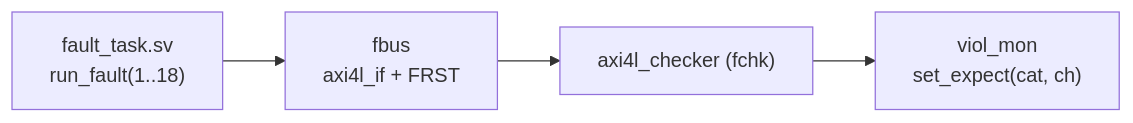
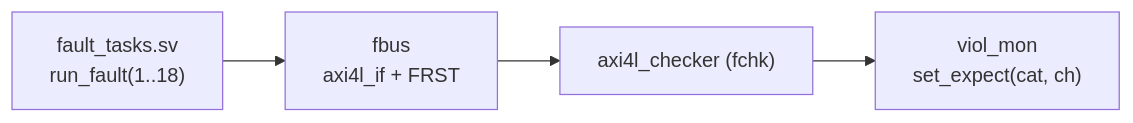
One commit to shreedharpatil7141/AXI4-Lite-Compliance-Checker changed the third of 10 diagrams in README.md. Above: the diagram before and after it, drawn with Mermaid. The commit also changed other lines of this file and 68 other files, not shown here.

````diff
--- a/README.md
+++ b/README.md
@@ -137,4 +137,4 @@
 ```mermaid
 flowchart LR
-    FT["fault_task.sv<br/>run_fault(1..18)"] --> FB["fbus<br/>axi4l_if + FRST"] --> FC["axi4l_checker (fchk)"] --> VM["viol_mon<br/>set_expect(cat, ch)"]
+    FT["fault_tasks.sv<br/>run_fault(1..18)"] --> FB["fbus<br/>axi4l_if + FRST"] --> FC["axi4l_checker (fchk)"] --> VM["viol_mon<br/>set_expect(cat, ch)"]
 ```
````
